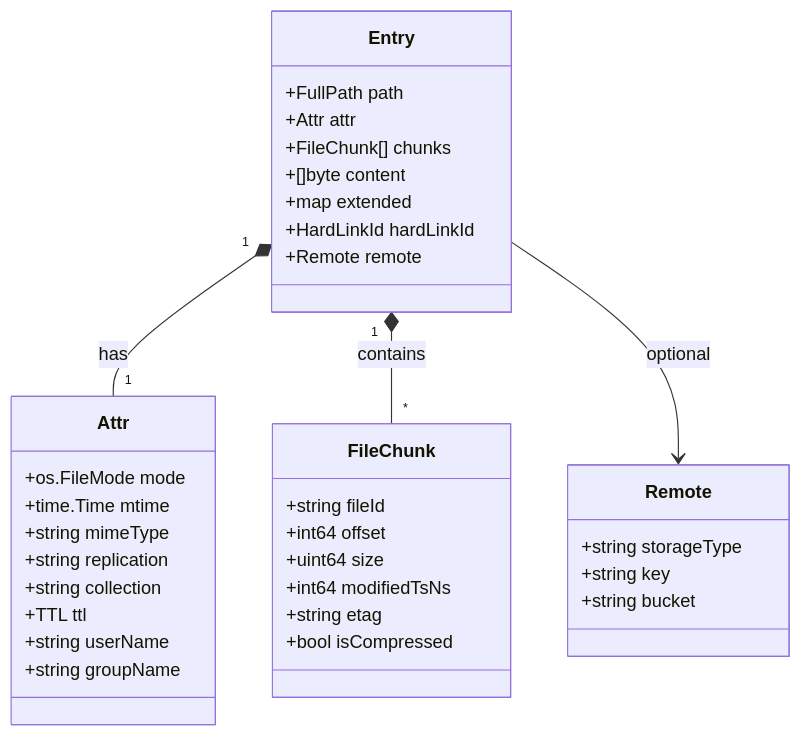
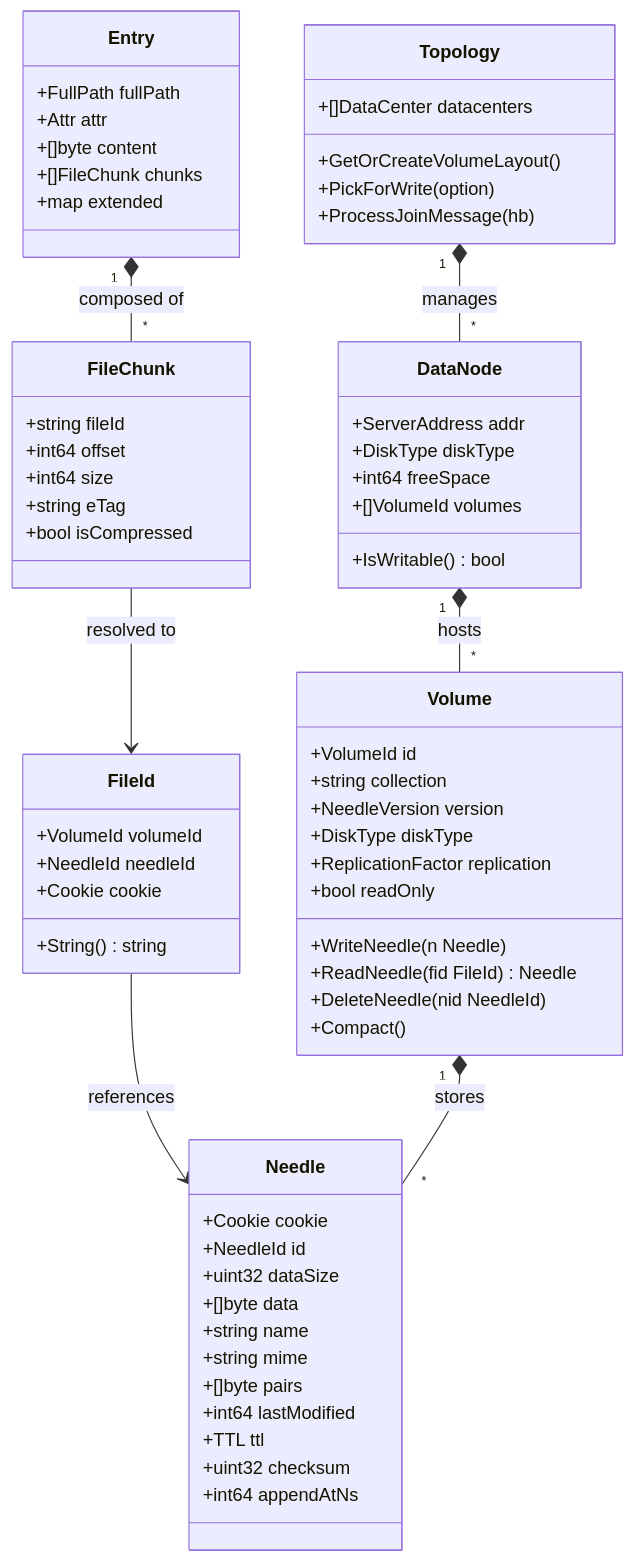
One commit to Khanh-21522203/GoBlob changed diagram 12 of 15 in design/diagrams.md. Above: the diagram before and after it, drawn with Mermaid. The commit also changed other lines of this file, not shown here.

Commit message:
dia: diagram knowledge

````diff
--- a/design/diagrams.md
+++ b/design/diagrams.md
@@ -400,39 +415,74 @@
 ```mermaid
 classDiagram
+    class FileId {
+        +VolumeId volumeId
+        +NeedleId needleId
+        +Cookie cookie
+        +String() string
+    }
+
+    class Needle {
+        +Cookie cookie
+        +NeedleId id
+        +uint32 dataSize
+        +[]byte data
+        +string name
+        +string mime
+        +[]byte pairs
+        +int64 lastModified
+        +TTL ttl
+        +uint32 checksum
+        +int64 appendAtNs
+    }
+
+    class Volume {
+        +VolumeId id
+        +string collection
+        +NeedleVersion version
+        +DiskType diskType
+        +ReplicationFactor replication
+        +bool readOnly
+        +WriteNeedle(n Needle)
+        +ReadNeedle(fid FileId) Needle
+        +DeleteNeedle(nid NeedleId)
+        +Compact()
+    }
+
     class Entry {
-        +FullPath path
+        +FullPath fullPath
         +Attr attr
-        +FileChunk[] chunks
         +[]byte content
+        +[]FileChunk chunks
         +map extended
-        +HardLinkId hardLinkId
-        +Remote remote
     }
-    class Attr {
-        +os.FileMode mode
-        +time.Time mtime
-        +string mimeType
-        +string replication
-        +string collection
-        +TTL ttl
-        +string userName
-        +string groupName
-    }
+
     class FileChunk {
         +string fileId
         +int64 offset
-        +uint64 size
-        +int64 modifiedTsNs
-        +string etag
+        +int64 size
+        +string eTag
         +bool isCompressed
     }
-    class Remote {
-        +string storageType
-        +string key
-        +string bucket
+
+    class DataNode {
+        +ServerAddress addr
+        +DiskType diskType
+        +int64 freeSpace
+        +[]VolumeId volumes
+        +IsWritable() bool
     }
 
-    Entry "1" *-- "1" Attr : has
-    Entry "1" *-- "*" FileChunk : contains
-    Entry --> Remote : optional
+    class Topology {
+        +[]DataCenter datacenters
+        +GetOrCreateVolumeLayout()
+        +PickForWrite(option)
+        +ProcessJoinMessage(hb)
+    }
+
+    FileId --> Needle : references
+    Volume "1" *-- "*" Needle : stores
+    Entry "1" *-- "*" FileChunk : composed of
+    FileChunk --> FileId : resolved to
+    Topology "1" *-- "*" DataNode : manages
+    DataNode "1" *-- "*" Volume : hosts
 ```
````
